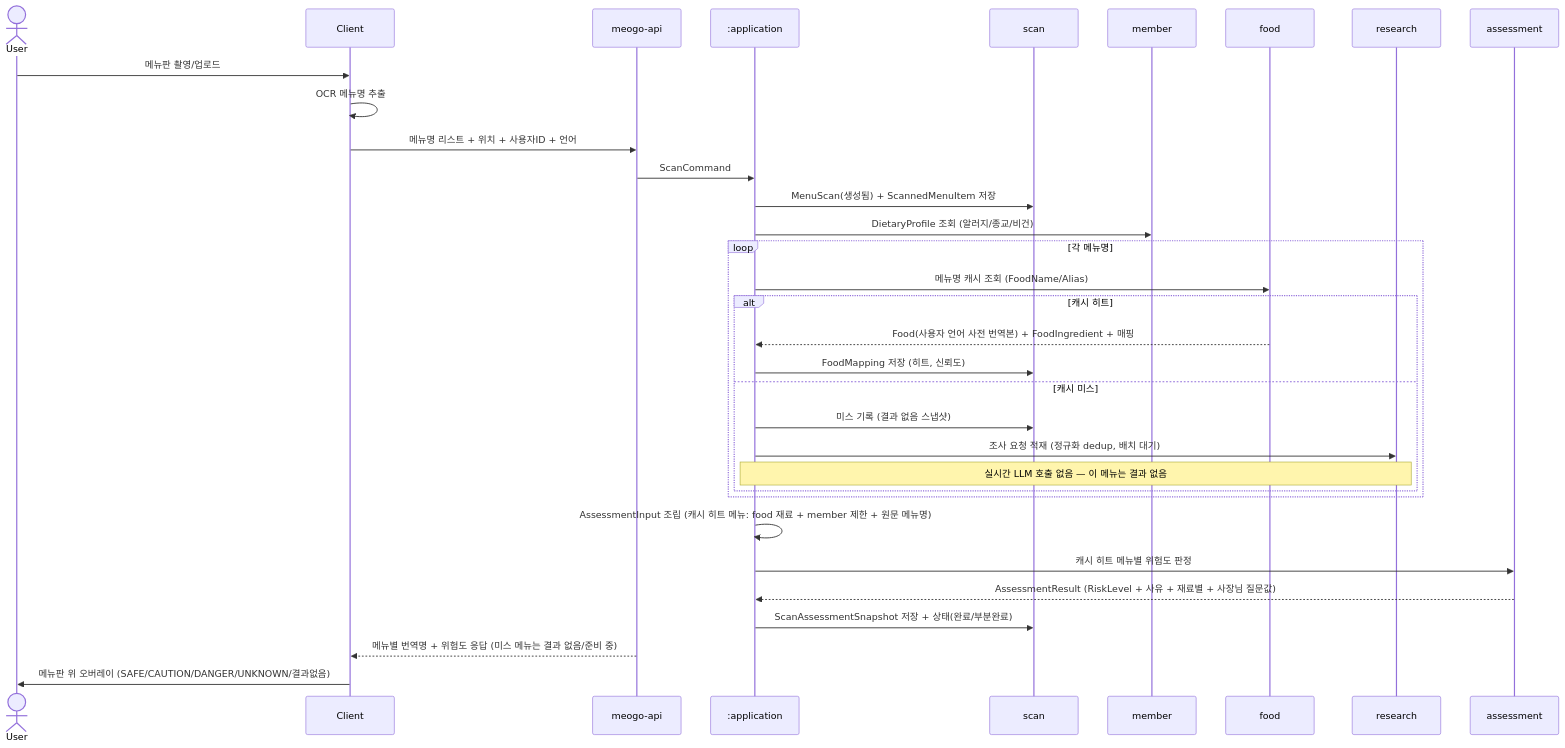
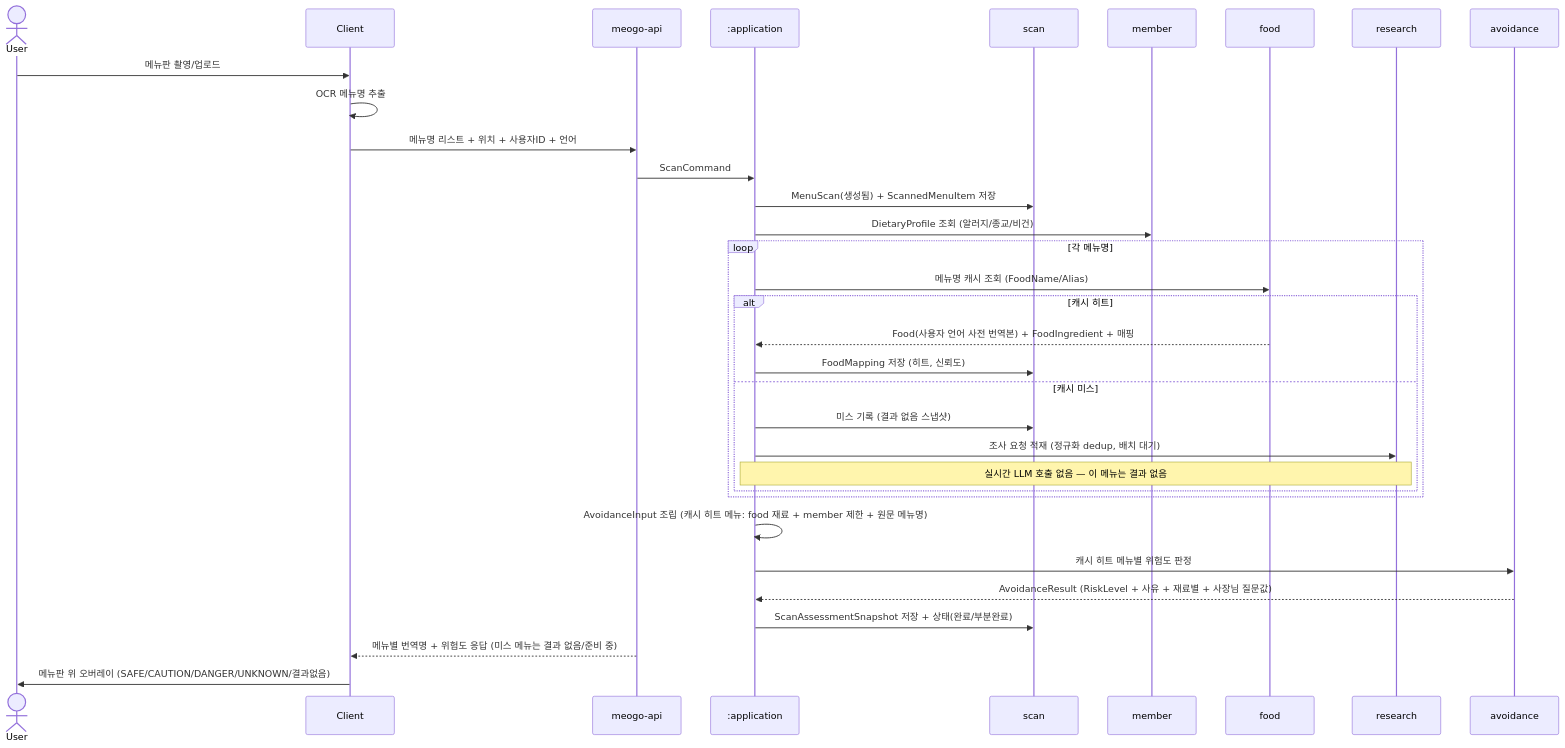
The first of 7 diagrams in docs/architecture/use-case-flows.md (team-skyjs/kbap-server), drawn with Mermaid before and after one commit. The commit also changed other lines of this file and 54 other files, not shown here.

````diff
--- a/docs/architecture/use-case-flows.md
+++ b/docs/architecture/use-case-flows.md
@@ -23,39 +23,39 @@
 ```mermaid
 sequenceDiagram
     actor User
     participant Client
     participant API as meogo-api
     participant App as :application
     participant Scan as scan
     participant Member as member
     participant Food as food
     participant Research as research
-    participant Assess as assessment
+    participant Assess as avoidance
 
     User->>Client: 메뉴판 촬영/업로드
     Client->>Client: OCR 메뉴명 추출
     Client->>API: 메뉴명 리스트 + 위치 + 사용자ID + 언어
     API->>App: ScanCommand
 
     App->>Scan: MenuScan(생성됨) + ScannedMenuItem 저장
     App->>Member: DietaryProfile 조회 (알러지/종교/비건)
 
     loop 각 메뉴명
         App->>Food: 메뉴명 캐시 조회 (FoodName/Alias)
         alt 캐시 히트
             Food-->>App: Food(사용자 언어 사전 번역본) + FoodIngredient + 매핑
             App->>Scan: FoodMapping 저장 (히트, 신뢰도)
         else 캐시 미스
             App->>Scan: 미스 기록 (결과 없음 스냅샷)
             App->>Research: 조사 요청 적재 (정규화 dedup, 배치 대기)
             Note over App,Research: 실시간 LLM 호출 없음 — 이 메뉴는 결과 없음
         end
     end
 
-    App->>App: AssessmentInput 조립 (캐시 히트 메뉴: food 재료 + member 제한 + 원문 메뉴명)
+    App->>App: AvoidanceInput 조립 (캐시 히트 메뉴: food 재료 + member 제한 + 원문 메뉴명)
     App->>Assess: 캐시 히트 메뉴별 위험도 판정
-    Assess-->>App: AssessmentResult (RiskLevel + 사유 + 재료별 + 사장님 질문값)
+    Assess-->>App: AvoidanceResult (RiskLevel + 사유 + 재료별 + 사장님 질문값)
     App->>Scan: ScanAssessmentSnapshot 저장 + 상태(완료/부분완료)
     API-->>Client: 메뉴별 번역명 + 위험도 응답 (미스 메뉴는 결과 없음/준비 중)
     Client->>User: 메뉴판 위 오버레이 (SAFE/CAUTION/DANGER/UNKNOWN/결과없음)
 ```
````
